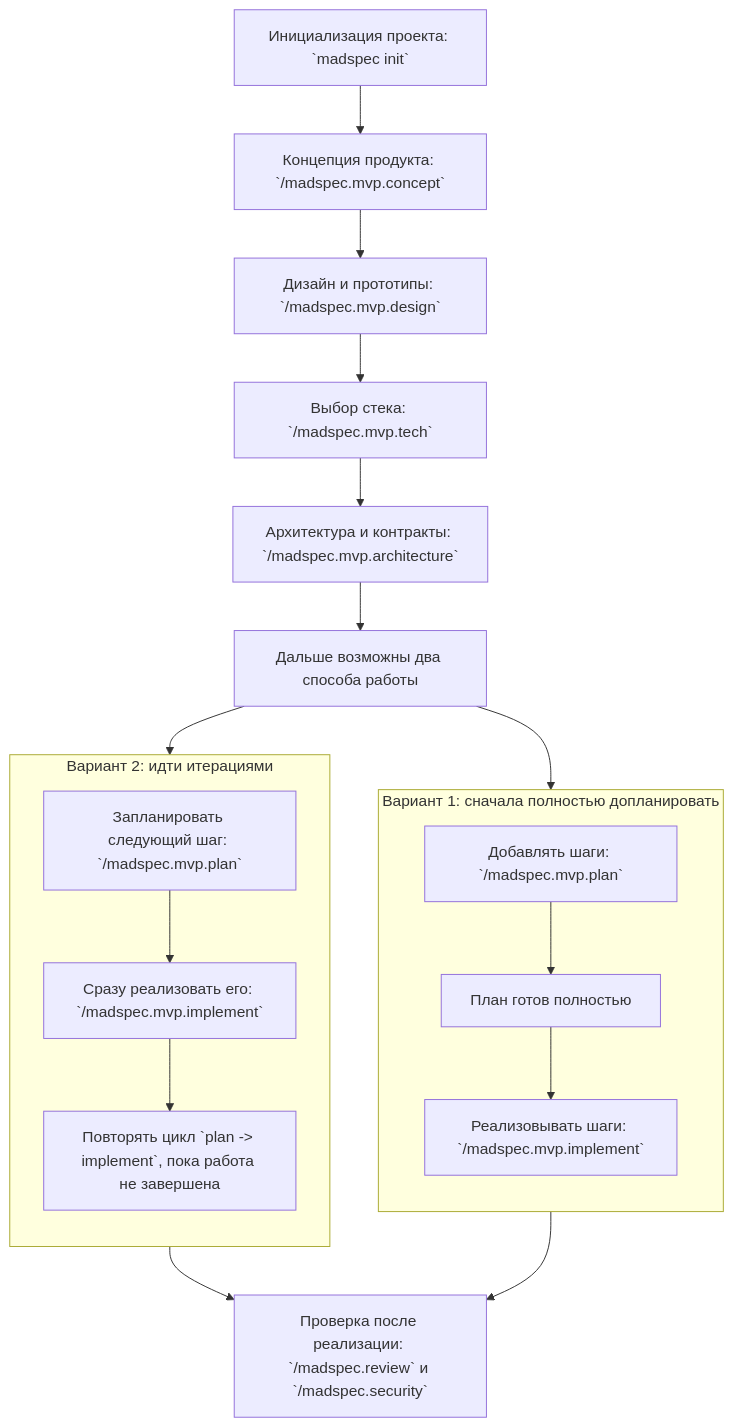
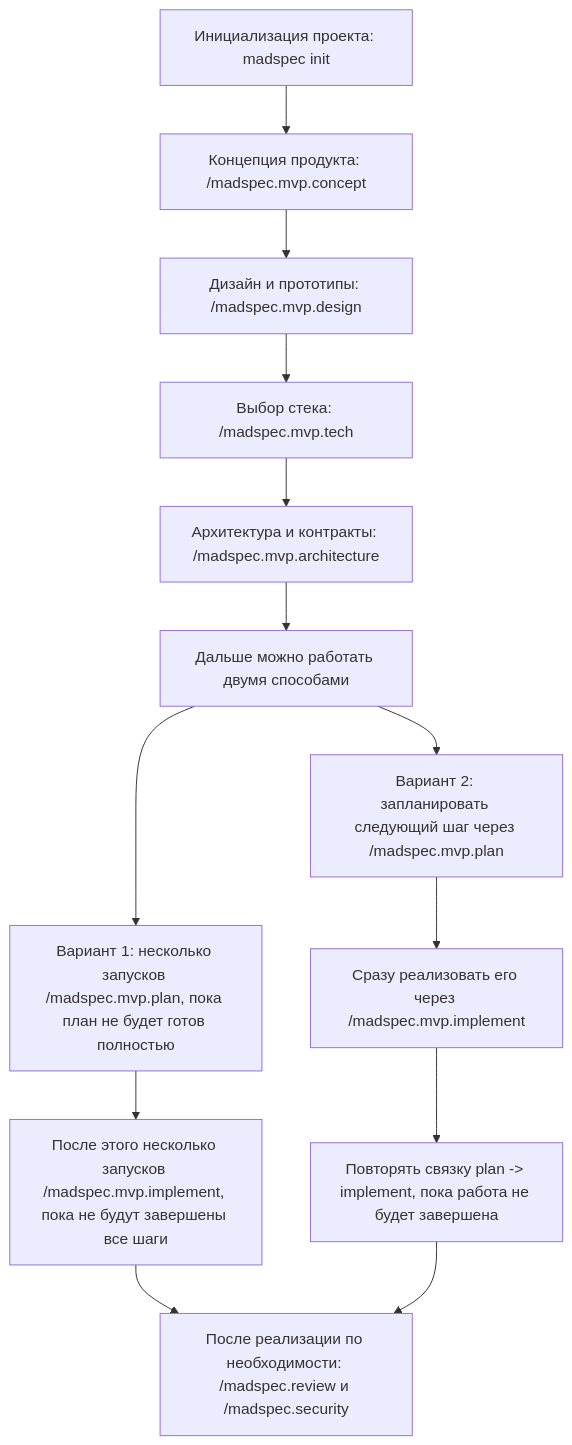
The first of 2 diagrams in README.md (MADTeacher/MADSpec), drawn with Mermaid before and after one commit. The commit also changed other lines of this file, not shown here.

````diff
--- a/README.md
+++ b/README.md
@@ -76,26 +76,18 @@
 ```mermaid
 flowchart TB
-    A["Инициализация проекта: `madspec init`"] --> B["Концепция продукта: `/madspec.mvp.concept`"]
-    B --> C["Дизайн и прототипы: `/madspec.mvp.design`"]
-    C --> D["Выбор стека: `/madspec.mvp.tech`"]
-    D --> E["Архитектура и контракты: `/madspec.mvp.architecture`"]
-    E --> F["Дальше возможны два способа работы"]
+    A["Инициализация проекта: madspec init"] --> B["Концепция продукта: /madspec.mvp.concept"]
+    B --> C["Дизайн и прототипы: /madspec.mvp.design"]
+    C --> D["Выбор стека: /madspec.mvp.tech"]
+    D --> E["Архитектура и контракты: /madspec.mvp.architecture"]
+    E --> F["Дальше можно работать двумя способами"]
 
-    F --> G1
-    F --> G2
+    F --> G["Вариант 1: несколько запусков /madspec.mvp.plan, пока план не будет готов полностью"]
+    G --> H["После этого несколько запусков /madspec.mvp.implement, пока не будут завершены все шаги"]
 
-    subgraph G1["Вариант 1: сначала полностью допланировать"]
-        direction TB
-        P1["Добавлять шаги: `/madspec.mvp.plan`"] --> P2["План готов полностью"]
-        P2 --> P3["Реализовывать шаги: `/madspec.mvp.implement`"]
-    end
+    F --> I["Вариант 2: запланировать следующий шаг через /madspec.mvp.plan"]
+    I --> J["Сразу реализовать его через /madspec.mvp.implement"]
+    J --> K["Повторять связку plan -> implement, пока работа не будет завершена"]
 
-    subgraph G2["Вариант 2: идти итерациями"]
-        direction TB
-        I1["Запланировать следующий шаг: `/madspec.mvp.plan`"] --> I2["Сразу реализовать его: `/madspec.mvp.implement`"]
-        I2 --> I3["Повторять цикл `plan -> implement`, пока работа не завершена"]
-    end
-
-    P3 --> R["Проверка после реализации: `/madspec.review` и `/madspec.security`"]
-    I3 --> R
+    H --> R["После реализации по необходимости: /madspec.review и /madspec.security"]
+    K --> R
 ```
````
